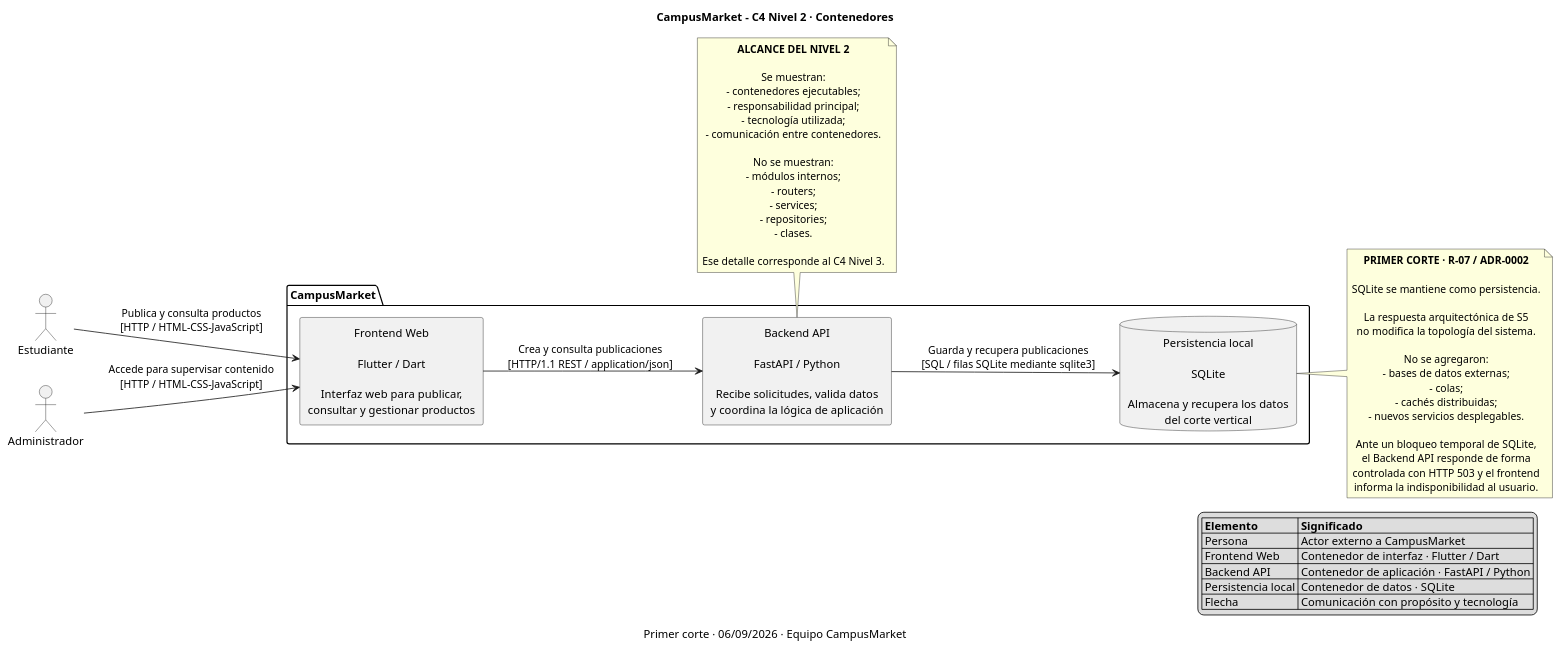
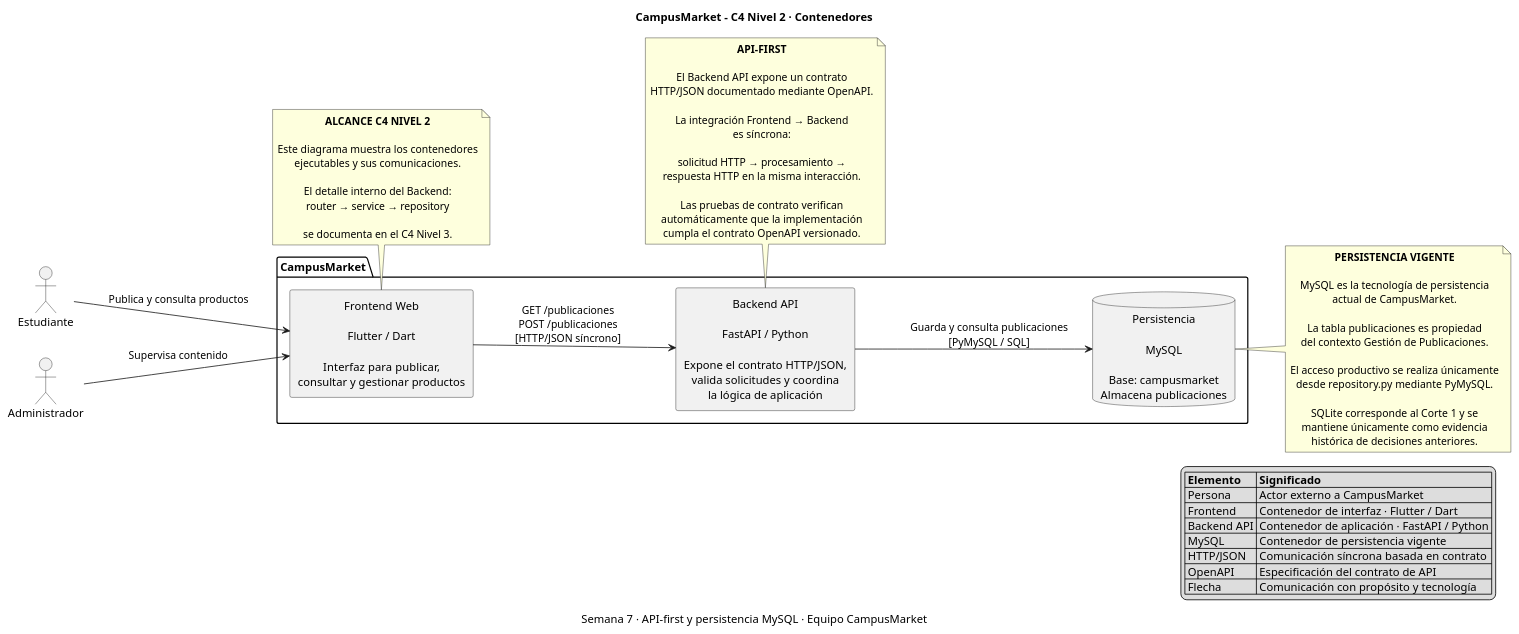
Before and after one commit to ISCOUTB/AS_202620_PROYECTO_CAMPUSMARKET: the diagram in docs/c4/02-contenedores.puml, drawn with PlantUML. The commit also changed 15 other files, not shown here.

Commit message:
docs: alinear arquitectura S7 con MySQL y contrato API

```diff
--- a/docs/c4/02-contenedores.puml
+++ b/docs/c4/02-contenedores.puml
@@ -1,80 +1,89 @@
 @startuml
 
 title CampusMarket - C4 Nivel 2 · Contenedores
-caption Primer corte · 06/09/2026 · Equipo CampusMarket
+caption Semana 7 · API-first y persistencia MySQL · Equipo CampusMarket
 
 left to right direction
 
 skinparam shadowing false
 skinparam actorStyle stickman
 skinparam defaultTextAlignment center
 
 actor "Estudiante" as estudiante
 actor "Administrador" as administrador
 
 package "CampusMarket" {
 
-    rectangle "Frontend Web\n\nFlutter / Dart\n\nInterfaz web para publicar,\nconsultar y gestionar productos" as frontend
+    rectangle "Frontend Web\n\nFlutter / Dart\n\nInterfaz para publicar,\nconsultar y gestionar productos" as frontend
 
-    rectangle "Backend API\n\nFastAPI / Python\n\nRecibe solicitudes, valida datos\ny coordina la lógica de aplicación" as backend
+    rectangle "Backend API\n\nFastAPI / Python\n\nExpone el contrato HTTP/JSON,\nvalida solicitudes y coordina\nla lógica de aplicación" as backend
 
-    database "Persistencia local\n\nSQLite\n\nAlmacena y recupera los datos\ndel corte vertical" as sqlite
+    database "Persistencia\n\nMySQL\n\nBase: campusmarket\nAlmacena publicaciones" as mysql
 }
 
-estudiante --> frontend : Publica y consulta productos\n[HTTP / HTML-CSS-JavaScript]
+estudiante --> frontend : Publica y consulta productos
 
-administrador --> frontend : Accede para supervisar contenido\n[HTTP / HTML-CSS-JavaScript]
+administrador --> frontend : Supervisa contenido
 
-frontend --> backend : Crea y consulta publicaciones\n[HTTP/1.1 REST / application/json]
+frontend --> backend : GET /publicaciones\nPOST /publicaciones\n[HTTP/JSON síncrono]
 
-backend --> sqlite : Guarda y recupera publicaciones\n[SQL / filas SQLite mediante sqlite3]
+backend --> mysql : Guarda y consulta publicaciones\n[PyMySQL / SQL]
+
+note bottom of backend
+**API-FIRST**
+
+El Backend API expone un contrato
+HTTP/JSON documentado mediante OpenAPI.
+
+La integración Frontend → Backend
+es síncrona:
+
+solicitud HTTP → procesamiento →
+respuesta HTTP en la misma interacción.
+
+Las pruebas de contrato verifican
+automáticamente que la implementación
+cumpla el contrato OpenAPI versionado.
+end note
+
+note right of mysql
+**PERSISTENCIA VIGENTE**
+
+MySQL es la tecnología de persistencia
+actual de CampusMarket.
+
+La tabla publicaciones es propiedad
+del contexto Gestión de Publicaciones.
+
+El acceso productivo se realiza únicamente
+desde repository.py mediante PyMySQL.
+
+SQLite corresponde al Corte 1 y se
+mantiene únicamente como evidencia
+histórica de decisiones anteriores.
+end note
 
 legend right
 |= Elemento |= Significado |
 | Persona | Actor externo a CampusMarket |
-| Frontend Web | Contenedor de interfaz · Flutter / Dart |
+| Frontend | Contenedor de interfaz · Flutter / Dart |
 | Backend API | Contenedor de aplicación · FastAPI / Python |
-| Persistencia local | Contenedor de datos · SQLite |
+| MySQL | Contenedor de persistencia vigente |
+| HTTP/JSON | Comunicación síncrona basada en contrato |
+| OpenAPI | Especificación del contrato de API |
 | Flecha | Comunicación con propósito y tecnología |
 endlegend
 
-note bottom of backend
-**ALCANCE DEL NIVEL 2**
+note bottom of frontend
+**ALCANCE C4 NIVEL 2**
 
-Se muestran:
-- contenedores ejecutables;
-- responsabilidad principal;
-- tecnología utilizada;
-- comunicación entre contenedores.
+Este diagrama muestra los contenedores
+ejecutables y sus comunicaciones.
 
-No se muestran:
-- módulos internos;
-- routers;
-- services;
-- repositories;
-- clases.
+El detalle interno del Backend:
+router → service → repository
 
-Ese detalle corresponde al C4 Nivel 3.
-end note
-
-note right of sqlite
-**PRIMER CORTE · R-07 / ADR-0002**
-
-SQLite se mantiene como persistencia.
-
-La respuesta arquitectónica de S5
-no modifica la topología del sistema.
-
-No se agregaron:
-- bases de datos externas;
-- colas;
-- cachés distribuidas;
-- nuevos servicios desplegables.
-
-Ante un bloqueo temporal de SQLite,
-el Backend API responde de forma
-controlada con HTTP 503 y el frontend
-informa la indisponibilidad al usuario.
+se documenta en el C4 Nivel 3.
 end note
 
 @enduml
```
